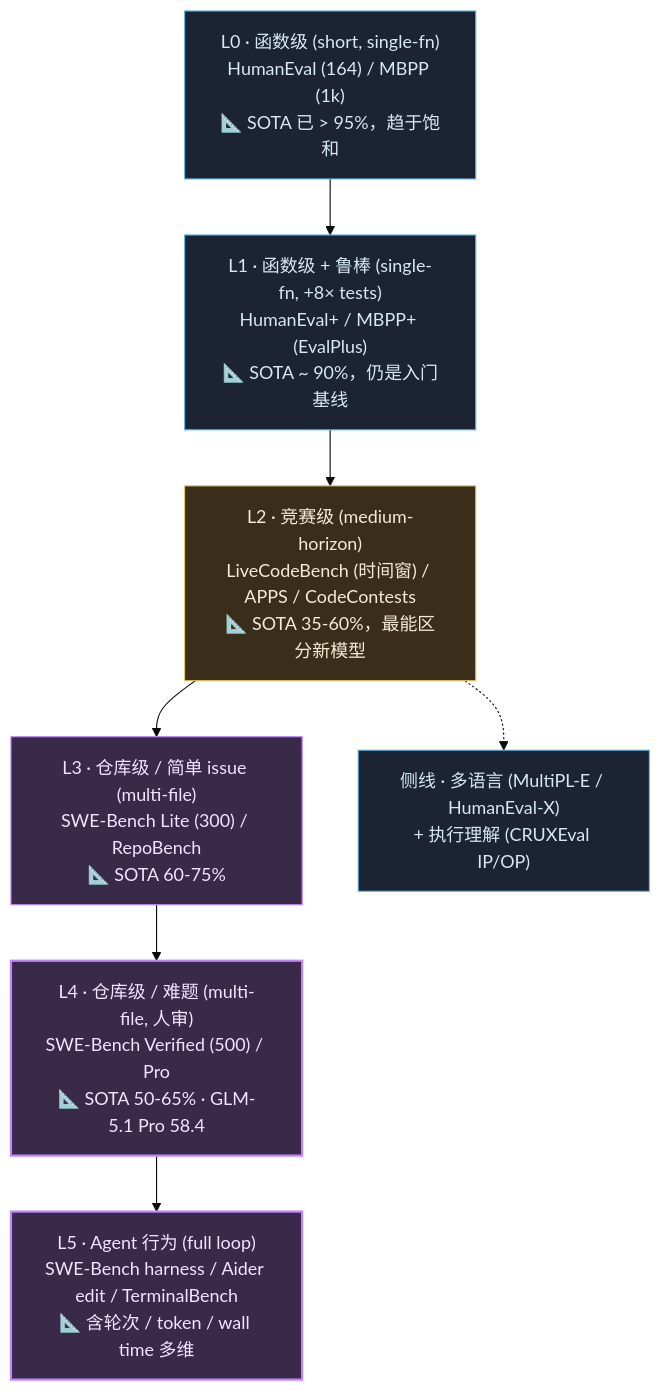
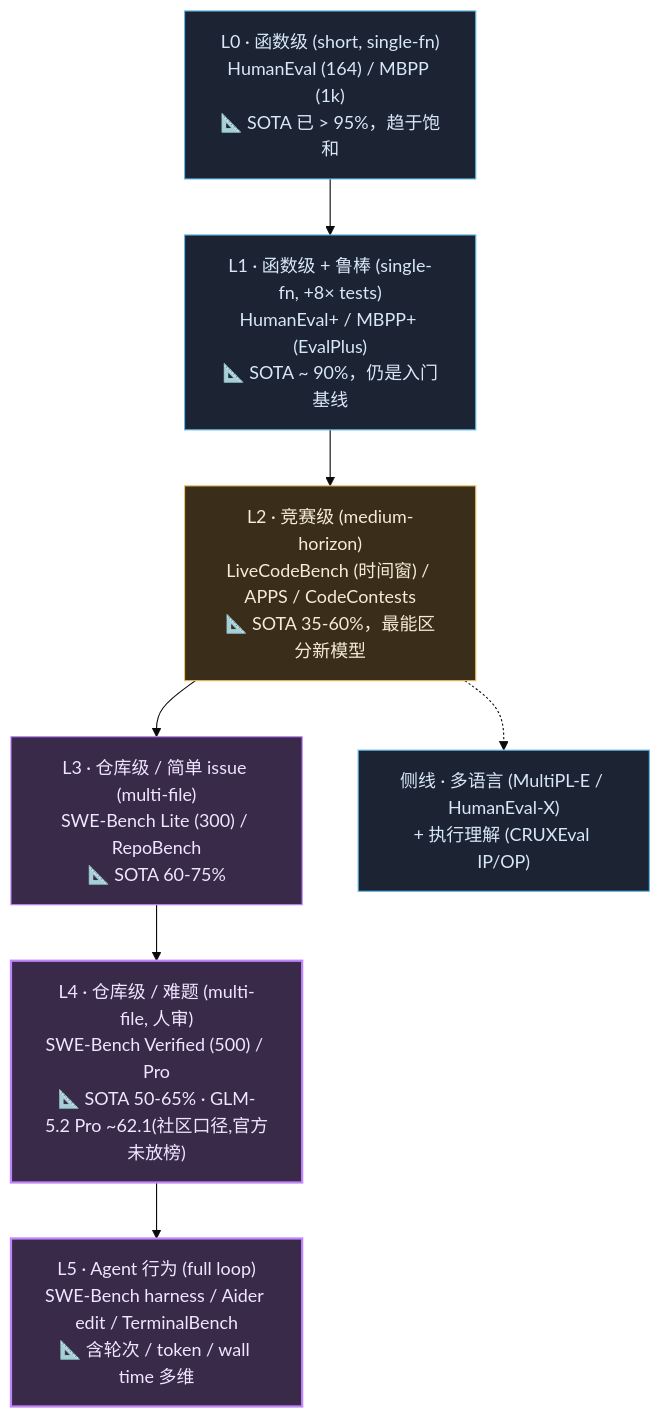
The diagram in phase6_evaluation.md (sqhuang/coding-llm-handbook), drawn with Mermaid (base theme) before and after one commit. The commit also changed other lines of this file and 31 other files, not shown here.

````diff
--- a/phase6_evaluation.md
+++ b/phase6_evaluation.md
@@ -43,20 +43,20 @@
 ```mermaid
 flowchart TD
     classDef l0 fill:#1c2434,stroke:#5fb8e8,color:#d8e8f8
     classDef l1 fill:#1c2434,stroke:#5fb8e8,color:#d8e8f8
     classDef l2 fill:#3a2e1a,stroke:#e8c465,color:#f5ecd6
     classDef l3 fill:#3a2a4a,stroke:#c084fc,color:#f0e6ff
     classDef l4 fill:#3a2a4a,stroke:#c084fc,color:#f0e6ff,stroke-width:2px
 
     L0["L0 · 函数级 (short, single-fn)<br/>HumanEval (164) / MBPP (1k)<br/>📐 SOTA 已 > 95%，趋于饱和"]:::l0
     L1["L1 · 函数级 + 鲁棒 (single-fn, +8× tests)<br/>HumanEval+ / MBPP+ (EvalPlus)<br/>📐 SOTA ~ 90%，仍是入门基线"]:::l1
     L2["L2 · 竞赛级 (medium-horizon)<br/>LiveCodeBench (时间窗) / APPS / CodeContests<br/>📐 SOTA 35-60%，最能区分新模型"]:::l2
     L3["L3 · 仓库级 / 简单 issue (multi-file)<br/>SWE-Bench Lite (300) / RepoBench<br/>📐 SOTA 60-75%"]:::l3
-    L4["L4 · 仓库级 / 难题 (multi-file, 人审)<br/>SWE-Bench Verified (500) / Pro<br/>📐 SOTA 50-65% · GLM-5.1 Pro 58.4"]:::l4
+    L4["L4 · 仓库级 / 难题 (multi-file, 人审)<br/>SWE-Bench Verified (500) / Pro<br/>📐 SOTA 50-65% · GLM-5.2 Pro ~62.1(社区口径,官方未放榜)"]:::l4
     L5["L5 · Agent 行为 (full loop)<br/>SWE-Bench harness / Aider edit / TerminalBench<br/>📐 含轮次 / token / wall time 多维"]:::l4
 
     L0 --> L1 --> L2 --> L3 --> L4 --> L5
 
     SIDE["侧线 · 多语言 (MultiPL-E / HumanEval-X)<br/>+ 执行理解 (CRUXEval IP/OP)"]:::l0
     L2 -.-> SIDE
 ```
````
